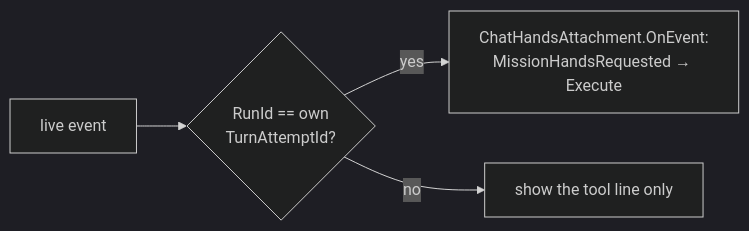
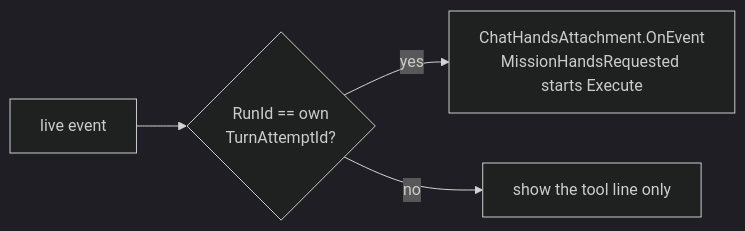
Diagram 14 of 23 in docs/design/how-conversations-work.md (katasec/mission-control-language), drawn with Mermaid (dark theme) before and after one commit. The commit also changed other lines of this file and 2 other files, not shown here.

Commit message:
docs: How conversations work — review fixes (53.9 PASS, hands handoff, dispatch order, dead-letter)

````diff
--- a/docs/design/how-conversations-work.md
+++ b/docs/design/how-conversations-work.md
@@ -367,6 +398,6 @@
 ```mermaid
 flowchart LR
   E["live event"] --> B{"RunId == own<br/>TurnAttemptId?"}
-  B -->|yes| H["ChatHandsAttachment.OnEvent:<br/>MissionHandsRequested → Execute"]
-  B -->|no| S["show the tool line only"]
+  B -->|"yes"| H["ChatHandsAttachment.OnEvent<br/>MissionHandsRequested starts Execute"]
+  B -->|"no"| S["show the tool line only"]
 ```
````
